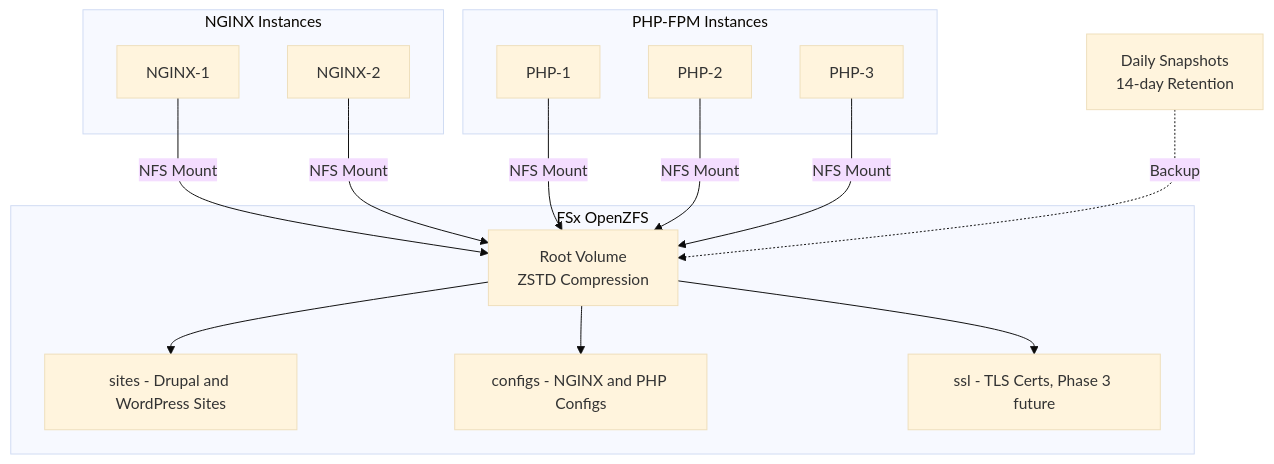
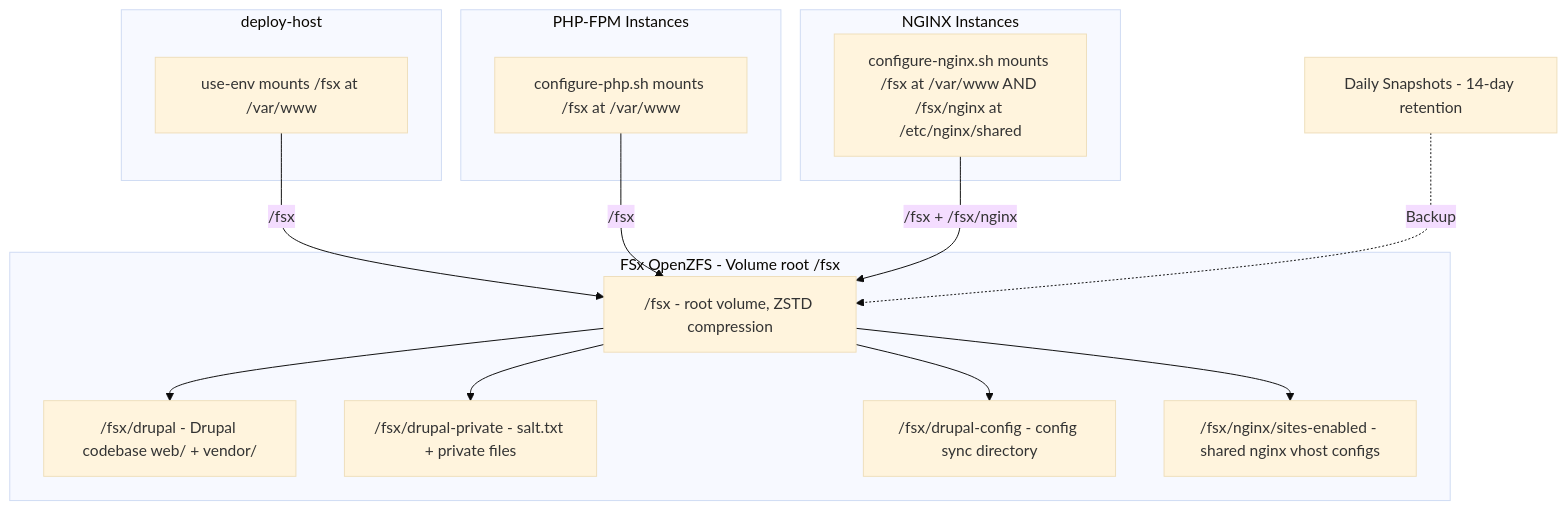
The seventh of 16 diagrams in docs/ARCHITECTURE.md (worx/cf-scalable-web), drawn with Mermaid (base theme) before and after one commit. The commit also changed other lines of this file and 5 other files, not shown here.

First line of the commit message:
docs: align OPERATIONS, ARCHITECTURE, gotchas with 2026-05-19 reality

````diff
--- a/docs/ARCHITECTURE.md
+++ b/docs/ARCHITECTURE.md
@@ -312,26 +343,33 @@
 ```mermaid
 graph TB
-    subgraph "FSx OpenZFS"
-        Root[Root Volume<br/>ZSTD Compression]
-        Sites["sites - Drupal and WordPress Sites"]
-        Configs["configs - NGINX and PHP Configs"]
-        SSL["ssl - TLS Certs, Phase 3 future"]
+    subgraph "FSx OpenZFS - Volume root /fsx"
+        FSxRoot["/fsx - root volume, ZSTD compression"]
+        DrupalCode["/fsx/drupal - Drupal codebase web/ + vendor/"]
+        DrupalPrivate["/fsx/drupal-private - salt.txt + private files"]
+        DrupalConfig["/fsx/drupal-config - config sync directory"]
+        NginxConfig["/fsx/nginx/sites-enabled - shared nginx vhost configs"]
+    end
+
+    subgraph "deploy-host"
+        DH["use-env mounts /fsx at /var/www"]
+    end
+
+    subgraph "PHP-FPM Instances"
+        PHP["configure-php.sh mounts /fsx at /var/www"]
     end
 
     subgraph "NGINX Instances"
-        Nginx1[NGINX-1] -->|NFS Mount| Root
-        Nginx2[NGINX-2] -->|NFS Mount| Root
+        NX1["configure-nginx.sh mounts /fsx at /var/www AND /fsx/nginx at /etc/nginx/shared"]
     end
 
-    subgraph "PHP-FPM Instances"
-        PHP1[PHP-1] -->|NFS Mount| Root
-        PHP2[PHP-2] -->|NFS Mount| Root
-        PHP3[PHP-3] -->|NFS Mount| Root
-    end
+    DH -->|/fsx| FSxRoot
+    PHP -->|/fsx| FSxRoot
+    NX1 -->|/fsx + /fsx/nginx| FSxRoot
 
-    Root --> Sites
-    Root --> Configs
-    Root --> SSL
+    FSxRoot --> DrupalCode
+    FSxRoot --> DrupalPrivate
+    FSxRoot --> DrupalConfig
+    FSxRoot --> NginxConfig
 
-    Backup[Daily Snapshots<br/>14-day Retention] -.->|Backup| Root
+    Backup["Daily Snapshots - 14-day retention"] -.->|Backup| FSxRoot
 ```
````
